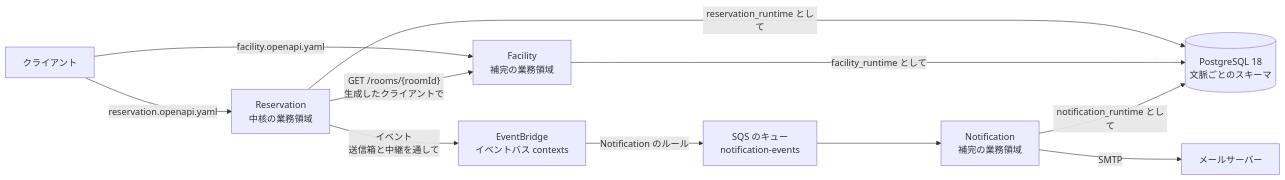
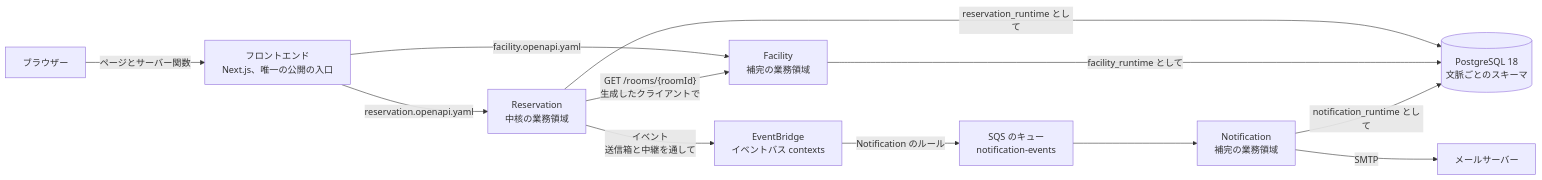
One commit to ma-chisuke/go-nextjs-ddd-monorepo changed the first of 4 diagrams in ARCHITECTURE.ja.md. Above: the diagram before and after it, drawn with Mermaid. The commit also changed other lines of this file and 57 other files, not shown here.

````diff
--- a/ARCHITECTURE.ja.md
+++ b/ARCHITECTURE.ja.md
@@ -8,21 +8,23 @@
 ```mermaid
 flowchart LR
-    clients["クライアント"]
+    browser["ブラウザー"]
+    web["フロントエンド<br/>Next.js、唯一の公開の入口"]
     reservation["Reservation<br/>中核の業務領域"]
     facility["Facility<br/>補完の業務領域"]
     notification["Notification<br/>補完の業務領域"]
     bus["EventBridge<br/>イベントバス contexts"]
     queue["SQS のキュー<br/>notification-events"]
     mail["メールサーバー"]
     db[("PostgreSQL 18<br/>文脈ごとのスキーマ")]
-    clients -- "reservation.openapi.yaml" --> reservation
-    clients -- "facility.openapi.yaml" --> facility
+    browser -- "ページとサーバー関数" --> web
+    web -- "reservation.openapi.yaml" --> reservation
+    web -- "facility.openapi.yaml" --> facility
     reservation -- "GET /rooms/{roomId}<br/>生成したクライアントで" --> facility
     reservation -- "イベント<br/>送信箱と中継を通して" --> bus
     bus -- "Notification のルール" --> queue
     queue --> notification
     notification -- "SMTP" --> mail
     reservation -- "reservation_runtime として" --> db
     facility -- "facility_runtime として" --> db
     notification -- "notification_runtime として" --> db
 ```
````
